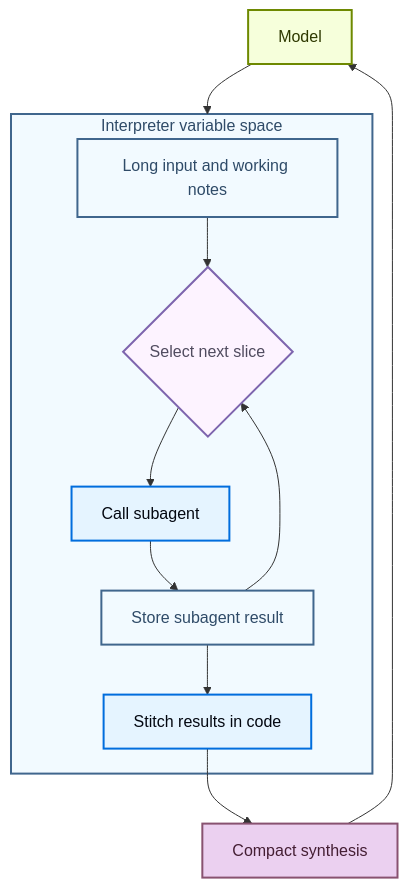
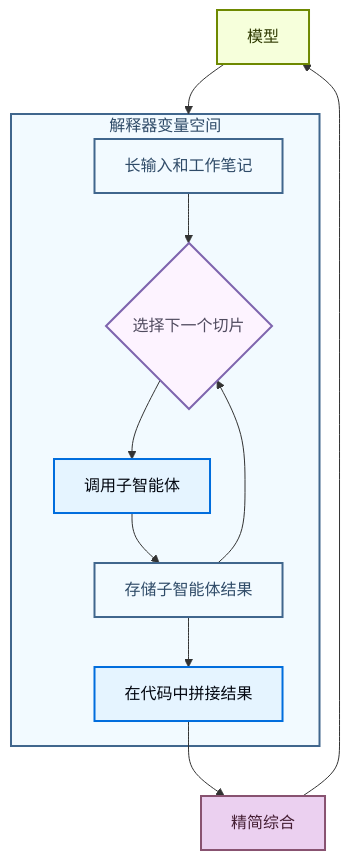
The second of 2 diagrams in oss/python/deepagents/interpreters.mdx (CodeFly16/langchain-cn-doc), drawn with Mermaid before and after one commit. The commit also changed other lines of this file and 106 other files, not shown here.

````diff
--- a/oss/python/deepagents/interpreters.mdx
+++ b/oss/python/deepagents/interpreters.mdx
@@ -211,33 +211,33 @@
 ```mermaid
 flowchart TB
-    Model[Model] --> Runtime[Interpreter variable space]
+    Model[模型] --> Runtime[解释器变量空间]
 
-    subgraph Runtime[Interpreter variable space]
-        Data[Long input and working notes]
-        Select{Select next slice}
-        Task[Call subagent]
-        Store[Store subagent result]
-        Stitch[Stitch results in code]
+    subgraph Runtime[解释器变量空间]
+        Data[长输入和工作笔记]
+        Select{选择下一个切片}
+        Task[调用子智能体]
+        Store[存储子智能体结果]
+        Stitch[在代码中拼接结果]
 
         Data --> Select
         Select --> Task
         Task --> Store
         Store --> Select
         Store --> Stitch
     end
 
-    Stitch --> Answer[Compact synthesis]
+    Stitch --> Answer[精简综合]
     Answer --> Model
 
     classDef trigger fill:#F6FFDB,stroke:#6E8900,stroke-width:2px,color:#2E3900
     classDef process fill:#E5F4FF,stroke:#006DDD,stroke-width:2px,color:#030710
     classDef decision fill:#FDF3FF,stroke:#7E65AE,stroke-width:2px,color:#504B5F
     classDef output fill:#EBD0F0,stroke:#885270,stroke-width:2px,color:#441E33
     classDef neutral fill:#F2FAFF,stroke:#40668D,stroke-width:2px,color:#2F4B68
 
     class Model trigger
     class Runtime,Data,Store neutral
     class Select decision
     class Task,Stitch process
     class Answer output
 ```
````
